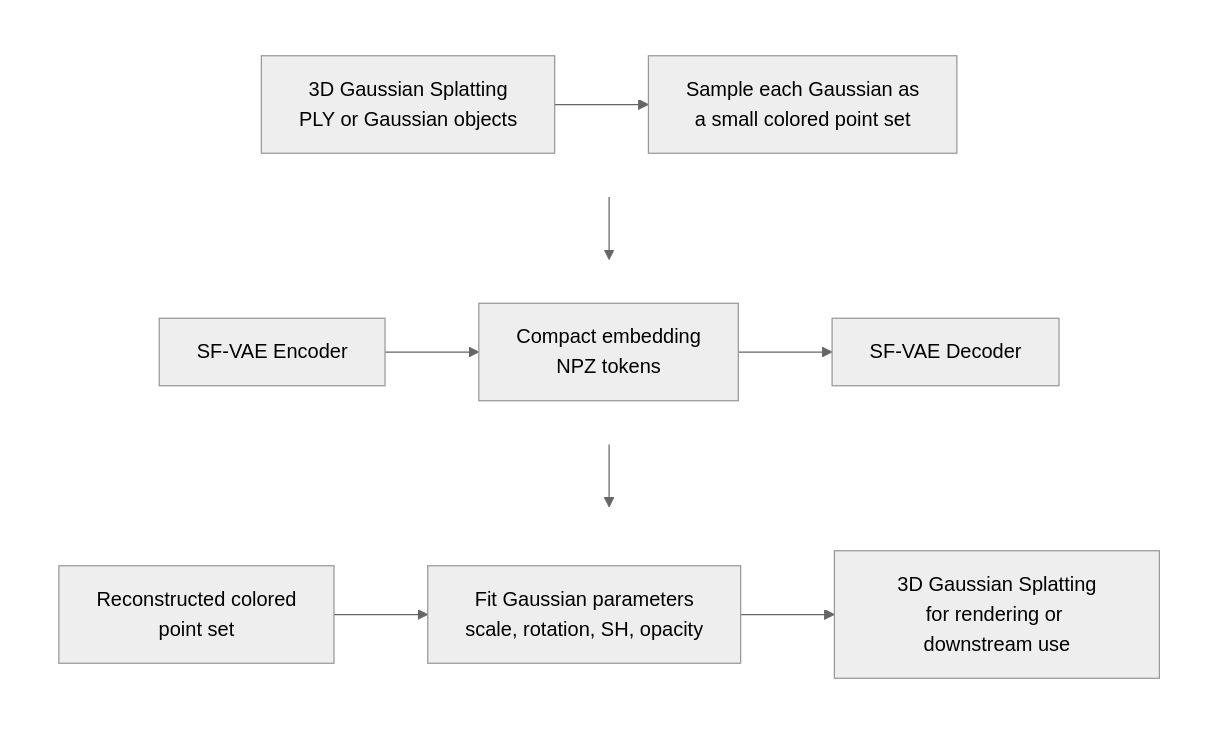
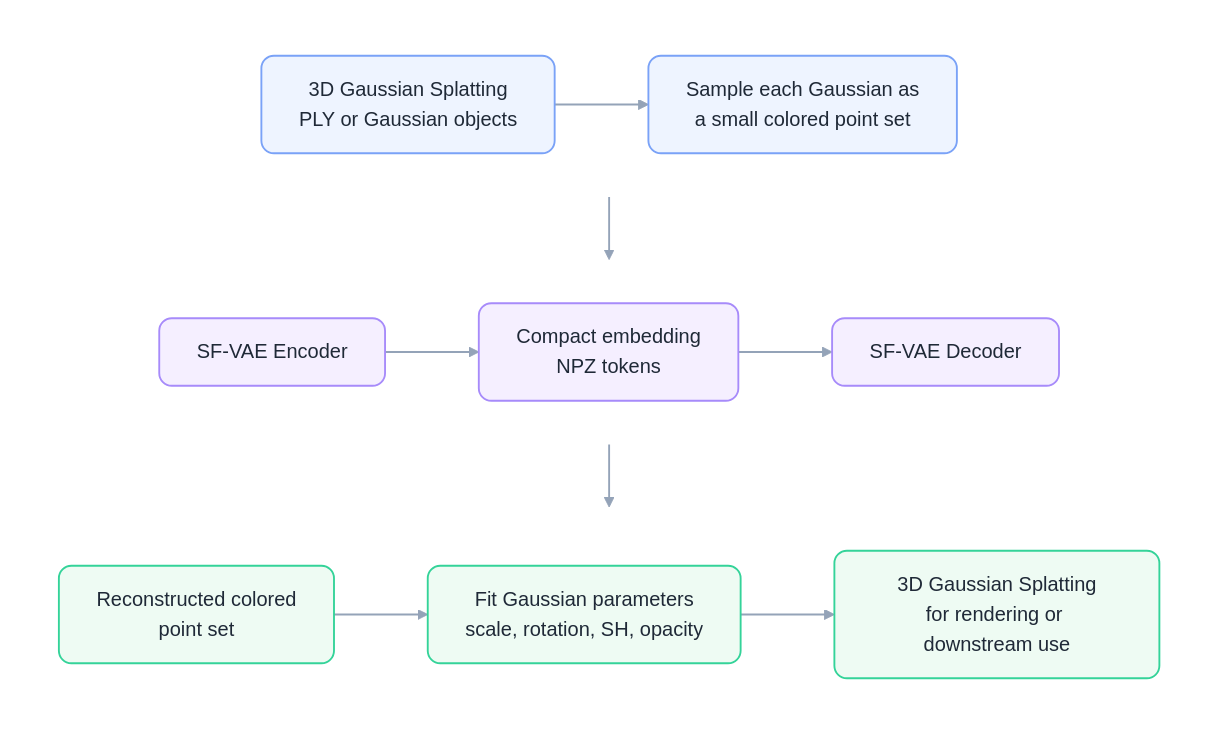
The diagram in README.md (cilix-ai/gs-embedding), drawn with Mermaid (neutral theme) before and after one commit.

````diff
--- a/README.md
+++ b/README.md
@@ -37,33 +37,39 @@
 ```mermaid
 flowchart TB
     subgraph row1[" "]
         direction LR
         A[3D Gaussian Splatting<br/>PLY or Gaussian objects]
         B[Sample each Gaussian as<br/>a small colored point set]
         A --> B
     end
-
-    B --> C
 
     subgraph row2[" "]
         direction LR
         C[SF-VAE Encoder]
         D[Compact embedding<br/>NPZ tokens]
         E[SF-VAE Decoder]
         C --> D --> E
     end
 
     subgraph row3[" "]
         direction LR
         F[Reconstructed colored<br/>point set]
         G[Fit Gaussian parameters<br/>scale, rotation, SH, opacity]
         H[3D Gaussian Splatting<br/>for rendering or downstream use]
         F --> G --> H
     end
 
-    E --> F
+    row1 --> row2
+    row2 --> row3
 
     style row1 fill:none,stroke:none
     style row2 fill:none,stroke:none
     style row3 fill:none,stroke:none
+    classDef input fill:#eef4ff,stroke:#7aa2f7,stroke-width:1.5px,color:#1f2937,rx:10px,ry:10px
+    classDef latent fill:#f5efff,stroke:#a78bfa,stroke-width:1.5px,color:#1f2937,rx:10px,ry:10px
+    classDef output fill:#eefbf3,stroke:#34d399,stroke-width:1.5px,color:#1f2937,rx:10px,ry:10px
+    class A,B input
+    class C,D,E latent
+    class F,G,H output
+    linkStyle default stroke:#94a3b8,stroke-width:1.5px
 ```
````
